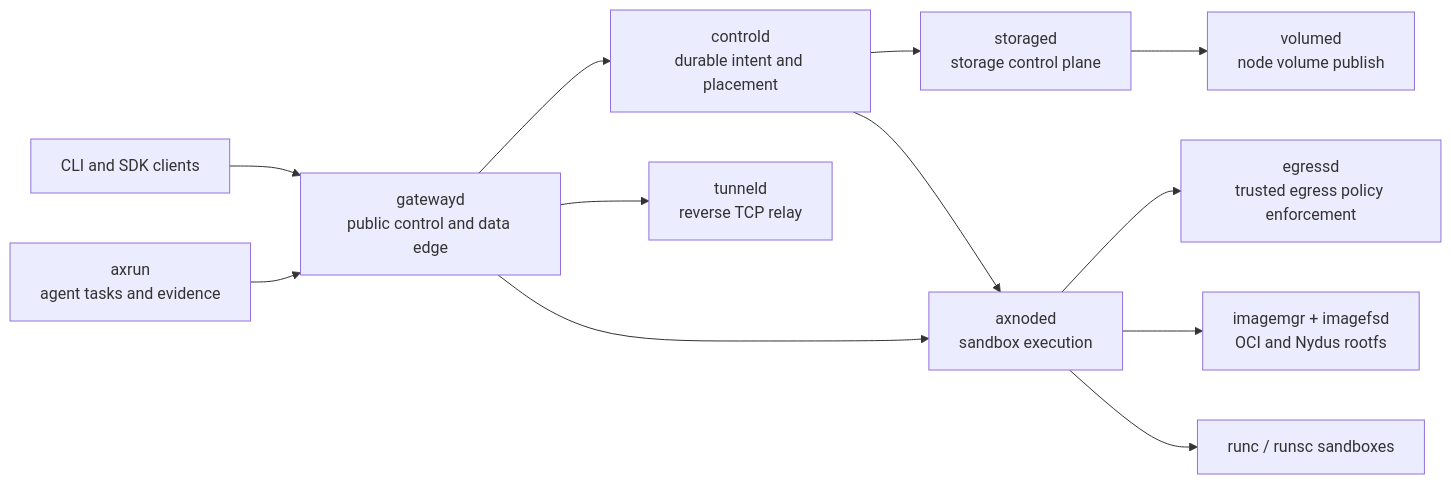
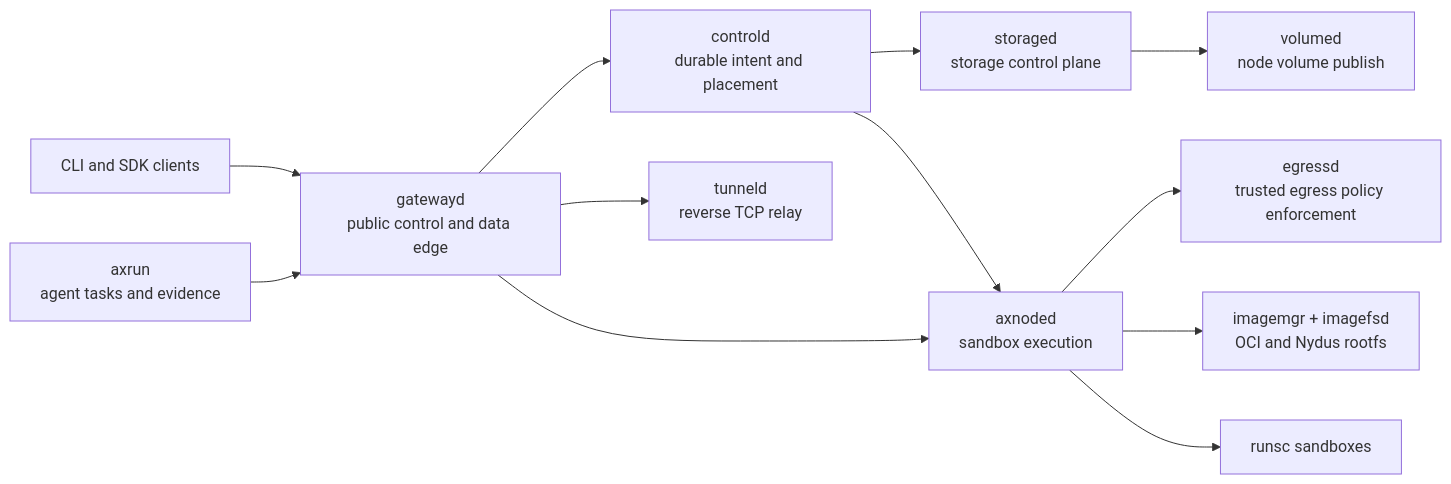
The diagram in README.md (cofy-x/axern), drawn with Mermaid before and after one commit. The commit also changed other lines of this file and 50 other files, not shown here.

Commit message:
refactor(runtime): converge packaged nodes and product checks on runsc

````diff
--- a/README.md
+++ b/README.md
@@ -93,14 +93,14 @@
 ```mermaid
 flowchart LR
     Client["CLI and SDK clients"] --> Gateway["gatewayd\npublic control and data edge"]
     Gateway --> Control["controld\ndurable intent and placement"]
     Gateway --> Tunnel["tunneld\nreverse TCP relay"]
     Gateway --> Node["axnoded\nsandbox execution"]
     Control --> Storage["storaged\nstorage control plane"]
     Control --> Node
     Storage --> Volume["volumed\nnode volume publish"]
     Node --> Egress["egressd\ntrusted egress policy enforcement"]
     Node --> Image["imagemgr + imagefsd\nOCI and Nydus rootfs"]
-    Node --> Runtime["runc / runsc sandboxes"]
+    Node --> Runtime["runsc sandboxes"]
     Axrun["axrun\nagent tasks and evidence"] --> Gateway
 ```
````
